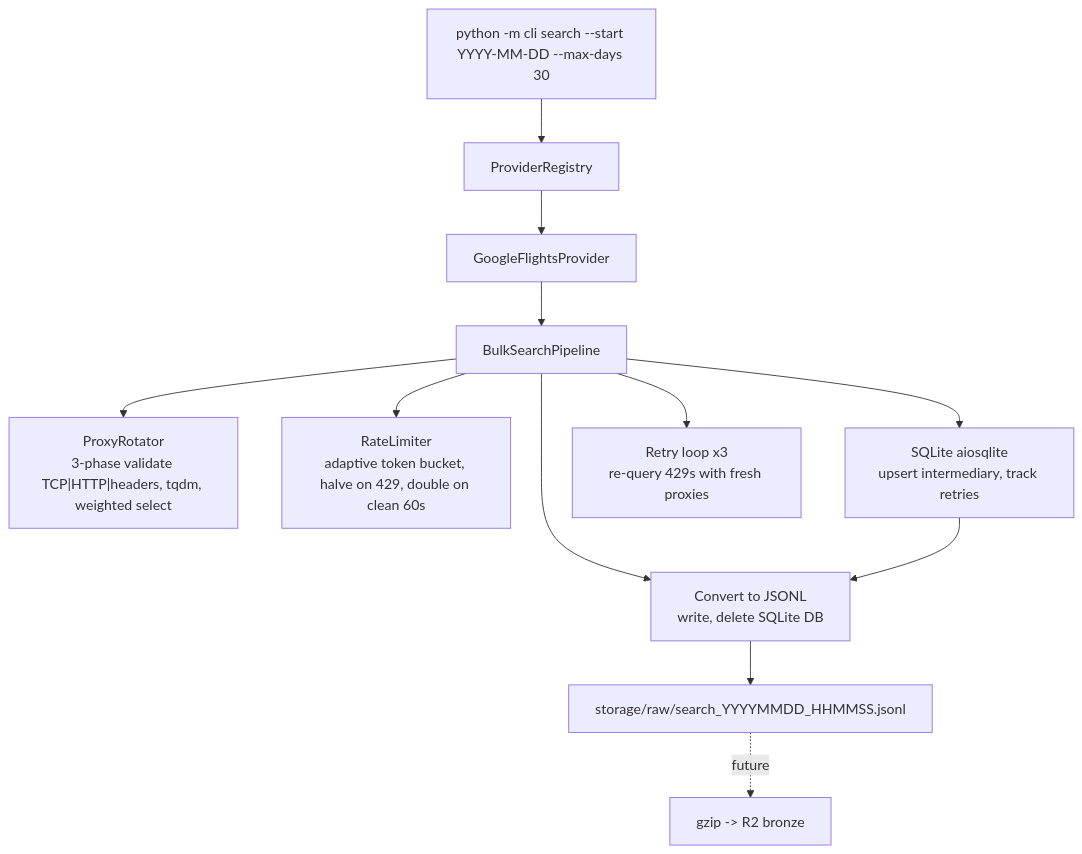
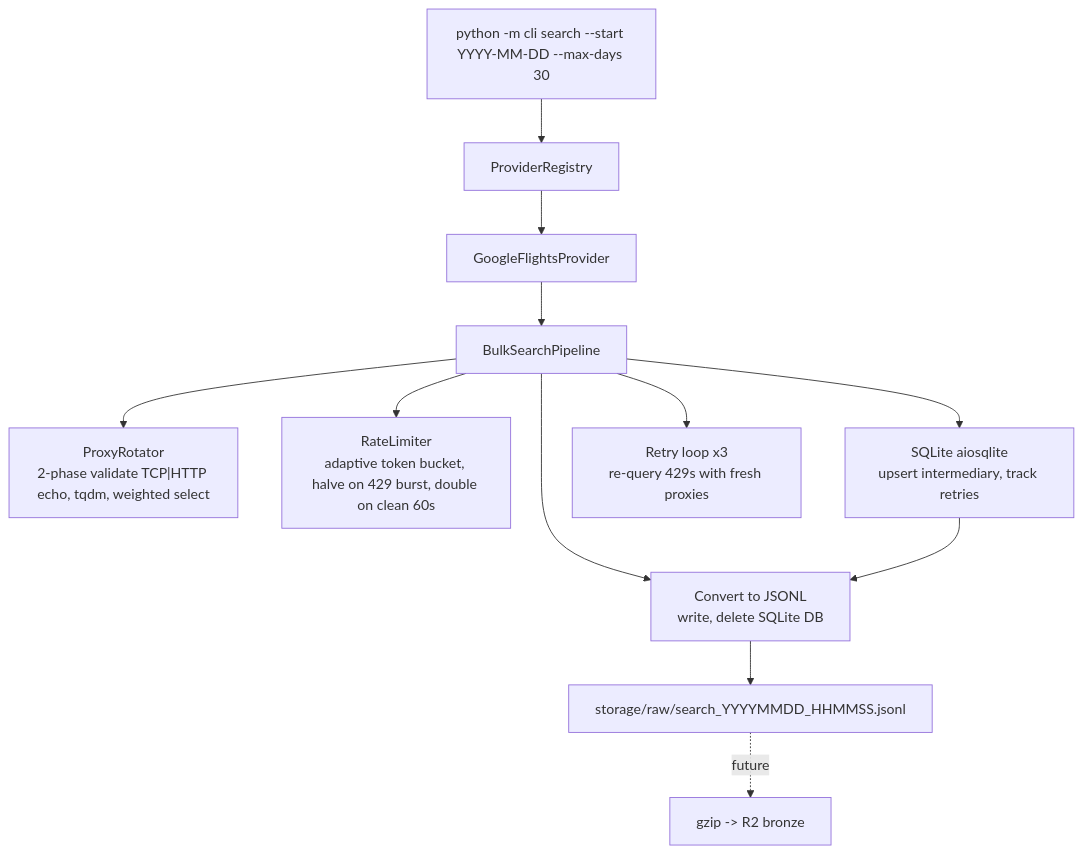
One commit to notlega/flight-price-observatory changed the diagram in README.md. Above: the diagram before and after it, drawn with Mermaid. The commit also changed other lines of this file and 3 other files, not shown here.

````diff
--- a/README.md
+++ b/README.md
@@ -42,19 +42,19 @@
 ```mermaid
 flowchart TD
     CLI["python -m cli search --start YYYY-MM-DD --max-days 30"]
     REG["ProviderRegistry"]
     PROV["GoogleFlightsProvider"]
     PIPE["BulkSearchPipeline"]
 
     CLI --> REG --> PROV --> PIPE
 
-    PIPE --> ROT["ProxyRotator<br/>3-phase validate TCP|HTTP|headers, tqdm, weighted select"]
-    PIPE --> RL["RateLimiter<br/>adaptive token bucket, halve on 429, double on clean 60s"]
+    PIPE --> ROT["ProxyRotator<br/>2-phase validate TCP|HTTP echo, tqdm, weighted select"]
+    PIPE --> RL["RateLimiter<br/>adaptive token bucket, halve on 429 burst, double on clean 60s"]
     PIPE --> SQL["SQLite aiosqlite<br/>upsert intermediary, track retries"]
     PIPE --> RETRY["Retry loop x3<br/>re-query 429s with fresh proxies"]
     PIPE --> CONV["Convert to JSONL<br/>write, delete SQLite DB"]
 
     SQL --> CONV
     CONV --> OUT["storage/raw/search_YYYYMMDD_HHMMSS.jsonl"]
     OUT -. future .-> R2["gzip -> R2 bronze"]
 ```
````
